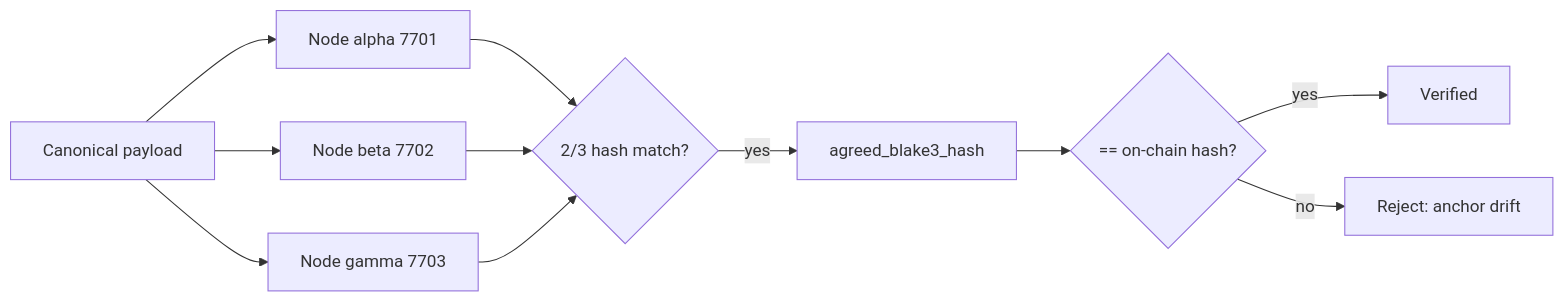
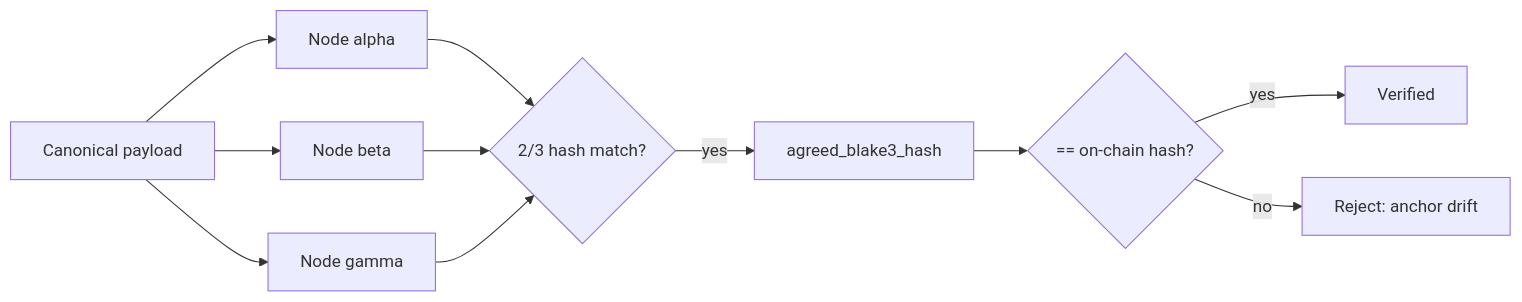
The third of 5 diagrams in docs/VERIFICATION.md (veyanet/veya-sdk), drawn with Mermaid before and after one commit. The commit also changed other lines of this file, not shown here.

````diff
--- a/docs/VERIFICATION.md
+++ b/docs/VERIFICATION.md
@@ -349,13 +349,13 @@
 ```mermaid
 flowchart LR
-    P["Canonical payload"] --> N1["Node alpha 7701"]
-    P --> N2["Node beta 7702"]
-    P --> N3["Node gamma 7703"]
+    P["Canonical payload"] --> N1["Node alpha <port-1>"]
+    P --> N2["Node beta <port-2>"]
+    P --> N3["Node gamma <port-3>"]
     N1 --> Q{"2/3 hash match?"}
     N2 --> Q
     N3 --> Q
     Q -->|yes| H["agreed_blake3_hash"]
     H --> C{"== on-chain hash?"}
     C -->|yes| OK["Verified"]
     C -->|no| BAD["Reject: anchor drift"]
 ```
````
